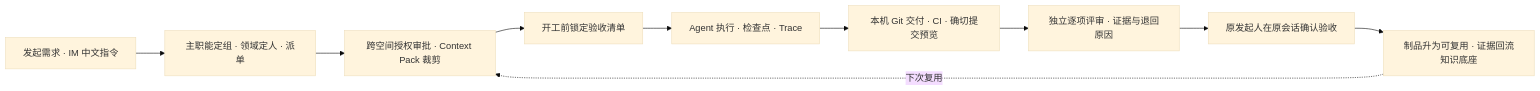
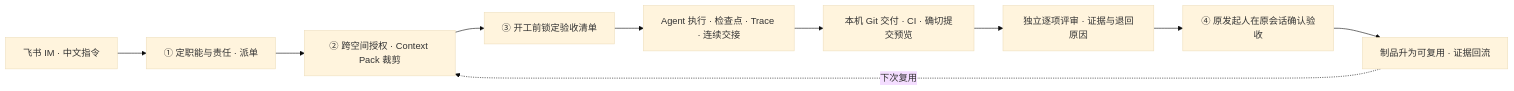
Before and after one commit to zhegong-996/Contractor: the first of 4 diagrams in docs/SYSTEM-ARCHITECTURE.md, drawn with Mermaid (base theme). The commit also changed other lines of this file and 10 other files, not shown here.

Commit message:
文档轮：重写系统架构说明为最新版（功能 / 系统架构 / 技术架构），同步总览与图册口径

````diff
--- a/docs/SYSTEM-ARCHITECTURE.md
+++ b/docs/SYSTEM-ARCHITECTURE.md
@@ -39,12 +50,12 @@
 ```mermaid
 flowchart LR
-  A[发起需求 · IM 中文指令] --> B[主职能定组 · 领域定人 · 派单]
-  B --> C[跨空间授权审批 · Context Pack 裁剪]
-  C --> D[开工前锁定验收清单]
-  D --> E[Agent 执行 · 检查点 · Trace]
-  E --> F[本机 Git 交付 · CI · 确切提交预览]
-  F --> G[独立逐项评审 · 证据与退回原因]
-  G --> H[原发起人在原会话确认验收]
-  H --> I[制品升为可复用 · 证据回流知识底座]
+  A["飞书 IM · 中文指令"] --> B["① 定职能与责任 · 派单"]
+  B --> C["② 跨空间授权 · Context Pack 裁剪"]
+  C --> D["③ 开工前锁定验收清单"]
+  D --> E["Agent 执行 · 检查点 · Trace · 连续交接"]
+  E --> F["本机 Git 交付 · CI · 确切提交预览"]
+  F --> G["独立逐项评审 · 证据与退回原因"]
+  G --> H["④ 原发起人在原会话确认验收"]
+  H --> I["制品升为可复用 · 证据回流"]
   I -.下次复用.-> C
 ```
````
